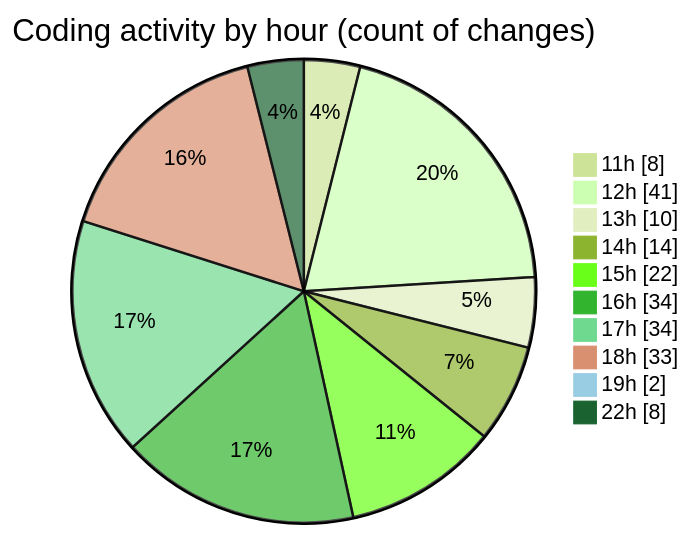
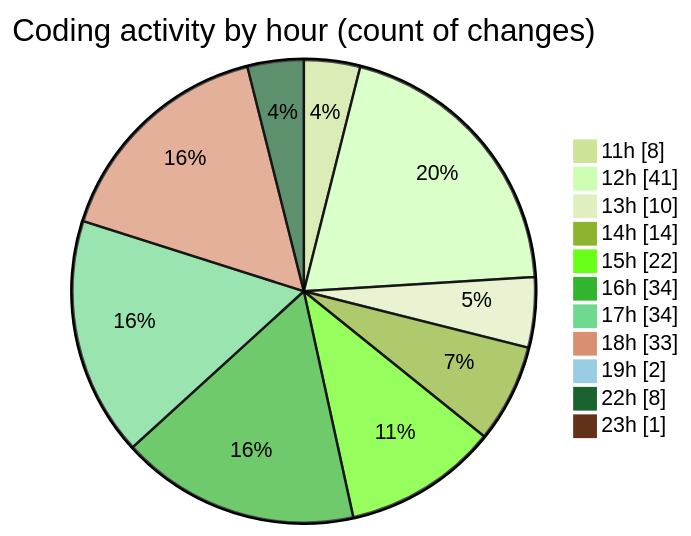
Before and after one commit to BS-eng2023/code-tracking: the second of 2 diagrams in 2025-05-04/project/README.md, drawn with Mermaid (forest theme). The commit also changed other lines of this file and 1 other file, not shown here.

````diff
--- a/2025-05-04/project/README.md
+++ b/2025-05-04/project/README.md
@@ -54,14 +54,15 @@
 ```mermaid
 pie showData
 title Coding activity by hour (count of changes)
 "11h" : 8
 "12h" : 41
 "13h" : 10
 "14h" : 14
 "15h" : 22
 "16h" : 34
 "17h" : 34
 "18h" : 33
 "19h" : 2
 "22h" : 8
+"23h" : 1
 ```
````
